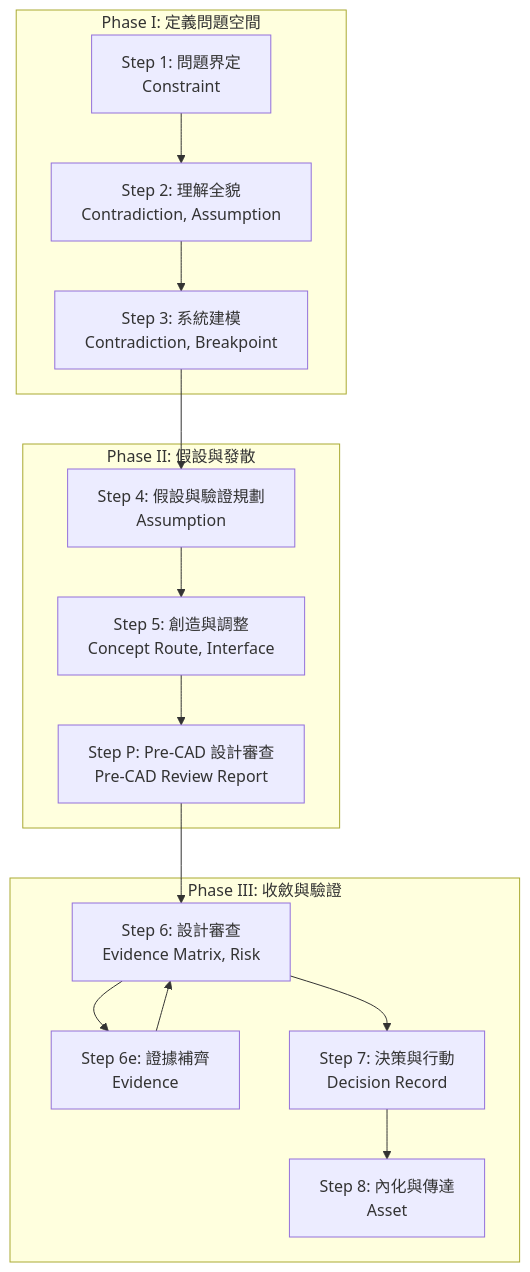
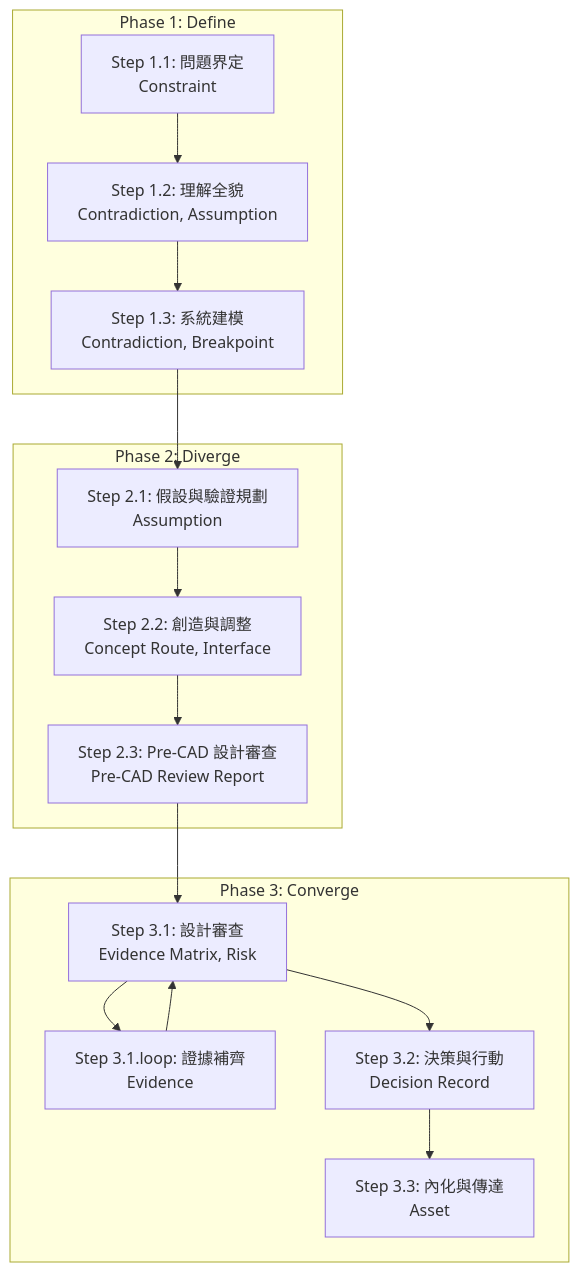
Before and after one commit to Zenobia000/AutoTRIZ_smart_design: the second of 5 diagrams in rd_assistant_design_system/universal_template/output/00_blueprint/RD_Design_Copilot_frontend_blueprint.md, drawn with Mermaid. The commit also changed other lines of this file and 147 other files, not shown here.

````diff
--- a/rd_assistant_design_system/universal_template/output/00_blueprint/RD_Design_Copilot_frontend_blueprint.md
+++ b/rd_assistant_design_system/universal_template/output/00_blueprint/RD_Design_Copilot_frontend_blueprint.md
@@ -571,19 +571,19 @@
 ```mermaid
 graph TB
-    subgraph "Phase I: 定義問題空間"
-        S1_IA[Step 1: 問題界定<br/>Constraint] --> S2_IA[Step 2: 理解全貌<br/>Contradiction, Assumption]
-        S2_IA --> S3_IA[Step 3: 系統建模<br/>Contradiction, Breakpoint]
+    subgraph "Phase 1: Define"
+        S1_1_IA[Step 1.1: 問題界定<br/>Constraint] --> S1_2_IA[Step 1.2: 理解全貌<br/>Contradiction, Assumption]
+        S1_2_IA --> S1_3_IA[Step 1.3: 系統建模<br/>Contradiction, Breakpoint]
     end
-    subgraph "Phase II: 假設與發散"
-        S4_IA[Step 4: 假設與驗證規劃<br/>Assumption] --> S5_IA[Step 5: 創造與調整<br/>Concept Route, Interface]
-        S5_IA --> SP_IA[Step P: Pre-CAD 設計審查<br/>Pre-CAD Review Report]
+    subgraph "Phase 2: Diverge"
+        S2_1_IA[Step 2.1: 假設與驗證規劃<br/>Assumption] --> S2_2_IA[Step 2.2: 創造與調整<br/>Concept Route, Interface]
+        S2_2_IA --> S2_3_IA[Step 2.3: Pre-CAD 設計審查<br/>Pre-CAD Review Report]
     end
-    subgraph "Phase III: 收斂與驗證"
-        S6_IA[Step 6: 設計審查<br/>Evidence Matrix, Risk] --> S6e_IA[Step 6e: 證據補齊<br/>Evidence]
-        S6e_IA --> S6_IA
-        S6_IA --> S7_IA[Step 7: 決策與行動<br/>Decision Record]
-        S7_IA --> S8_IA[Step 8: 內化與傳達<br/>Asset]
+    subgraph "Phase 3: Converge"
+        S3_1_IA[Step 3.1: 設計審查<br/>Evidence Matrix, Risk] --> S3_1_loop_IA[Step 3.1.loop: 證據補齊<br/>Evidence]
+        S3_1_loop_IA --> S3_1_IA
+        S3_1_IA --> S3_2_IA[Step 3.2: 決策與行動<br/>Decision Record]
+        S3_2_IA --> S3_3_IA[Step 3.3: 內化與傳達<br/>Asset]
     end
-    S3_IA --> S4_IA
-    SP_IA --> S6_IA
+    S1_3_IA --> S2_1_IA
+    S2_3_IA --> S3_1_IA
 ```
````
